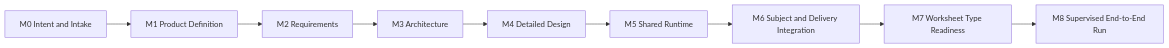
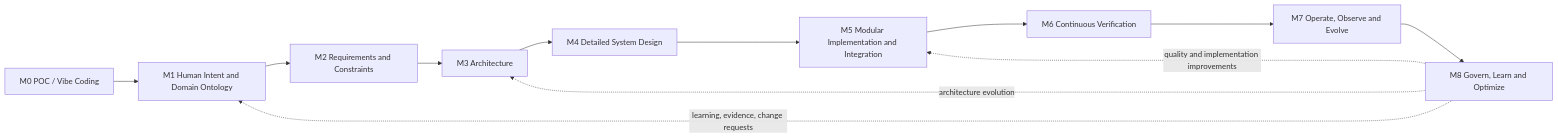
One commit to kpkchaitanya/mts-crossmodel changed the diagram in specs/generate_math_worksheets/04. implementation/end-to-end-progress.md. Above: the diagram before and after it, drawn with Mermaid. The commit also changed other lines of this file and 7 other files, not shown here.

````diff
--- a/specs/generate_math_worksheets/04. implementation/end-to-end-progress.md
+++ b/specs/generate_math_worksheets/04. implementation/end-to-end-progress.md
@@ -175,11 +75,14 @@
 ```mermaid
 flowchart LR
-    M0[M0 Intent and Intake] --> M1[M1 Product Definition]
-    M1 --> M2[M2 Requirements]
+    M0[M0 POC / Vibe Coding] --> M1[M1 Human Intent and Domain Ontology]
+    M1 --> M2[M2 Requirements and Constraints]
     M2 --> M3[M3 Architecture]
-    M3 --> M4[M4 Detailed Design]
-    M4 --> M5[M5 Shared Runtime]
-    M5 --> M6[M6 Subject and Delivery Integration]
-    M6 --> M7[M7 Worksheet Type Readiness]
-    M7 --> M8[M8 Supervised End-to-End Run]
+    M3 --> M4[M4 Detailed System Design]
+    M4 --> M5[M5 Modular Implementation and Integration]
+    M5 --> M6[M6 Continuous Verification]
+    M6 --> M7[M7 Operate, Observe and Evolve]
+    M7 --> M8[M8 Govern, Learn and Optimize]
+    M8 -. learning, evidence, change requests .-> M1
+    M8 -. architecture evolution .-> M3
+    M8 -. quality and implementation improvements .-> M5
 ```
````
